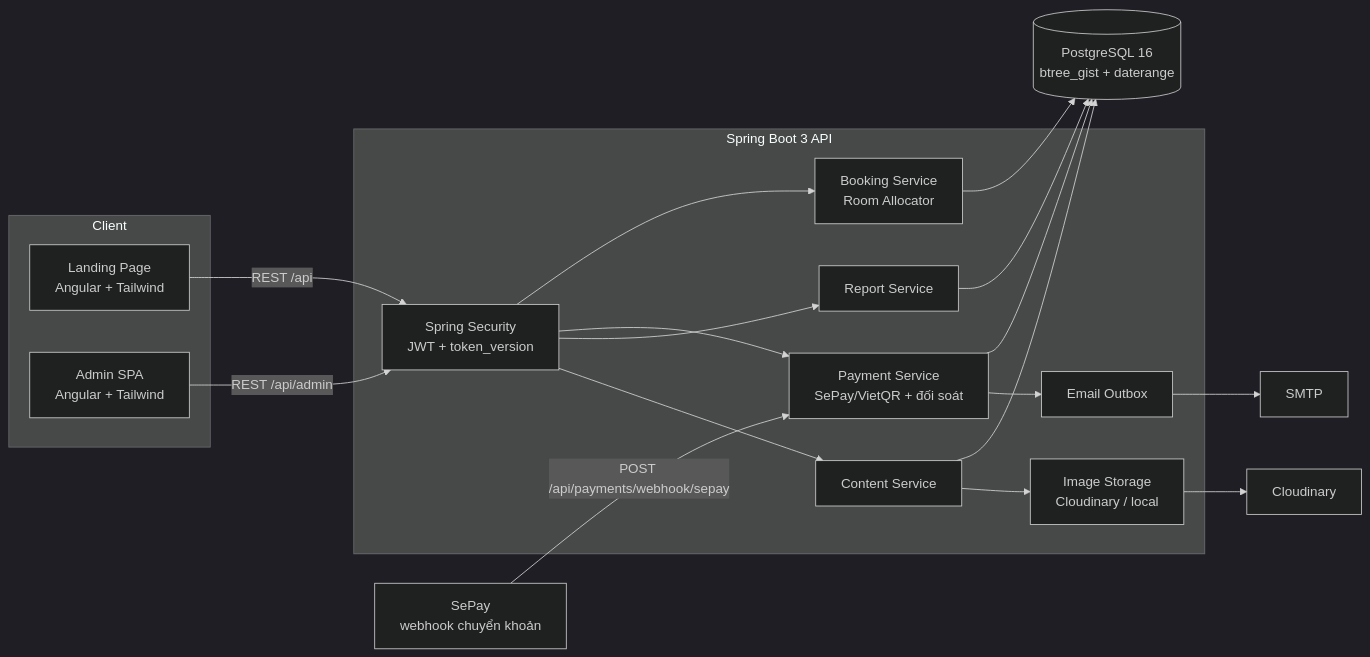
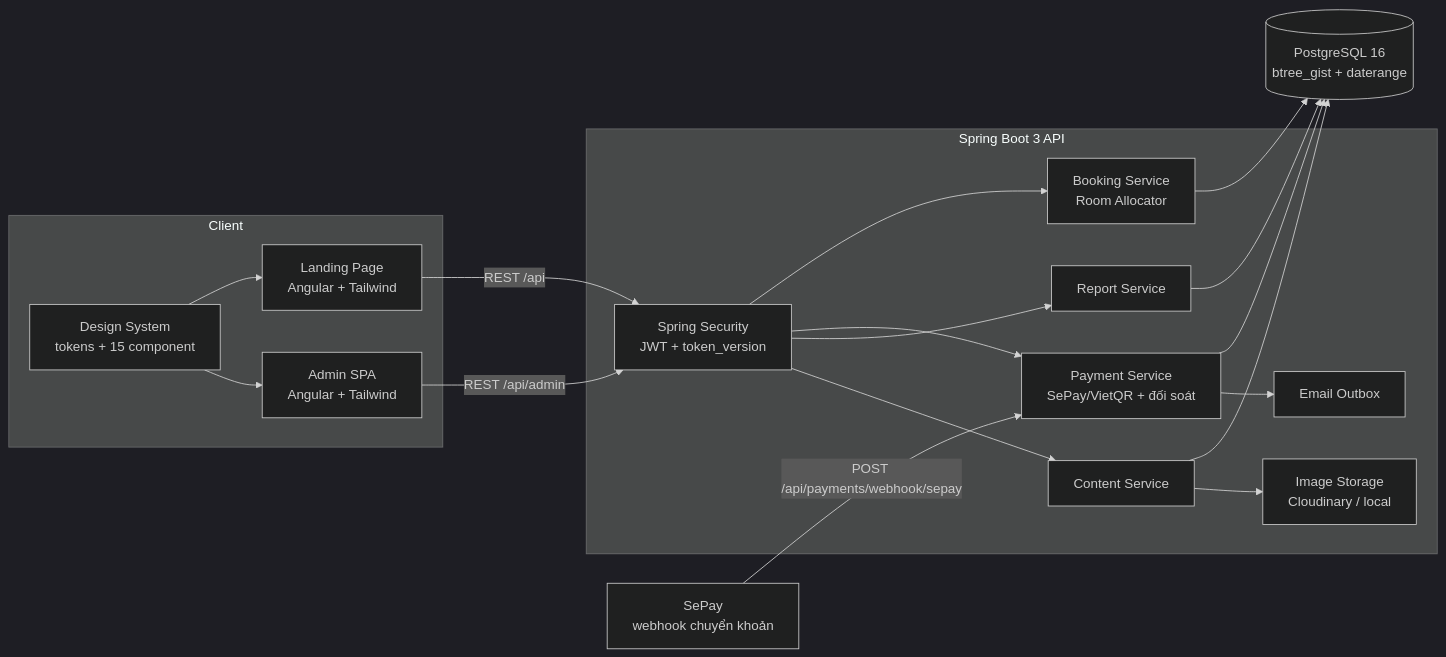
Before and after one commit to nhquan403/Project-Final-TVU: the first of 2 diagrams in plans/260907-1304-homestay-tvh-booking/plan.md, drawn with Mermaid (dark theme). The commit also changed other lines of this file and 10 other files, not shown here.

First line of the commit message:
docs: add design system phase and raise the UI/UX bar

````diff
--- a/plans/260907-1304-homestay-tvh-booking/plan.md
+++ b/plans/260907-1304-homestay-tvh-booking/plan.md
@@ -42,31 +47,32 @@
 ```mermaid
 flowchart LR
     subgraph Client
+      DS["Design System<br/>tokens + 15 component"]
       LP["Landing Page<br/>Angular + Tailwind"]
       AD["Admin SPA<br/>Angular + Tailwind"]
+      DS --> LP
+      DS --> AD
     end
     subgraph Server["Spring Boot 3 API"]
       SEC["Spring Security<br/>JWT + token_version"]
       BK["Booking Service<br/>Room Allocator"]
       PAY["Payment Service<br/>SePay/VietQR + đối soát"]
       RPT["Report Service"]
       CMS["Content Service"]
       MAIL["Email Outbox"]
       IMG["Image Storage<br/>Cloudinary / local"]
     end
     DB[("PostgreSQL 16<br/>btree_gist + daterange")]
     SEPAY["SePay<br/>webhook chuyển khoản"]
-    CLD["Cloudinary"]
-    SMTP["SMTP"]
 
     LP -->|REST /api| SEC
     AD -->|REST /api/admin| SEC
     SEC --> BK & PAY & RPT & CMS
     BK --> DB
     PAY --> DB
     RPT --> DB
     CMS --> DB
-    PAY --> MAIL --> SMTP
-    CMS --> IMG --> CLD
+    PAY --> MAIL
+    CMS --> IMG
     SEPAY -->|POST /api/payments/webhook/sepay| PAY
 ```
````
